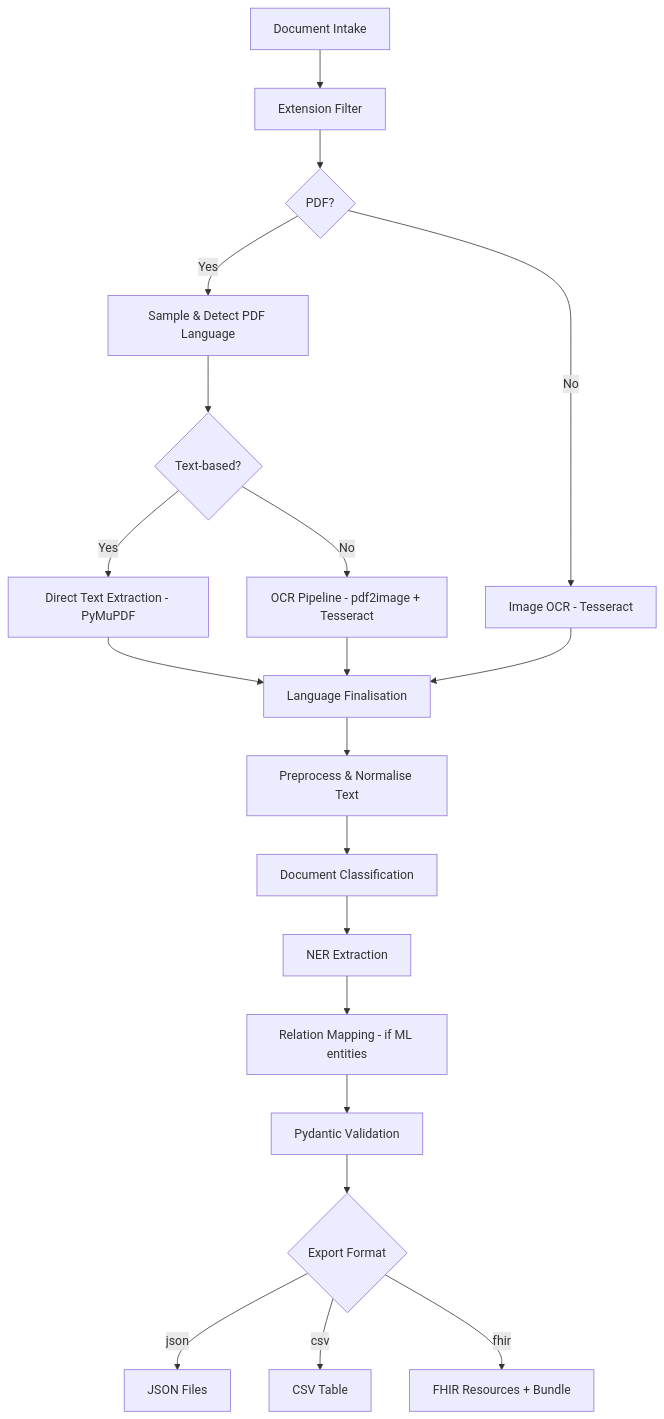
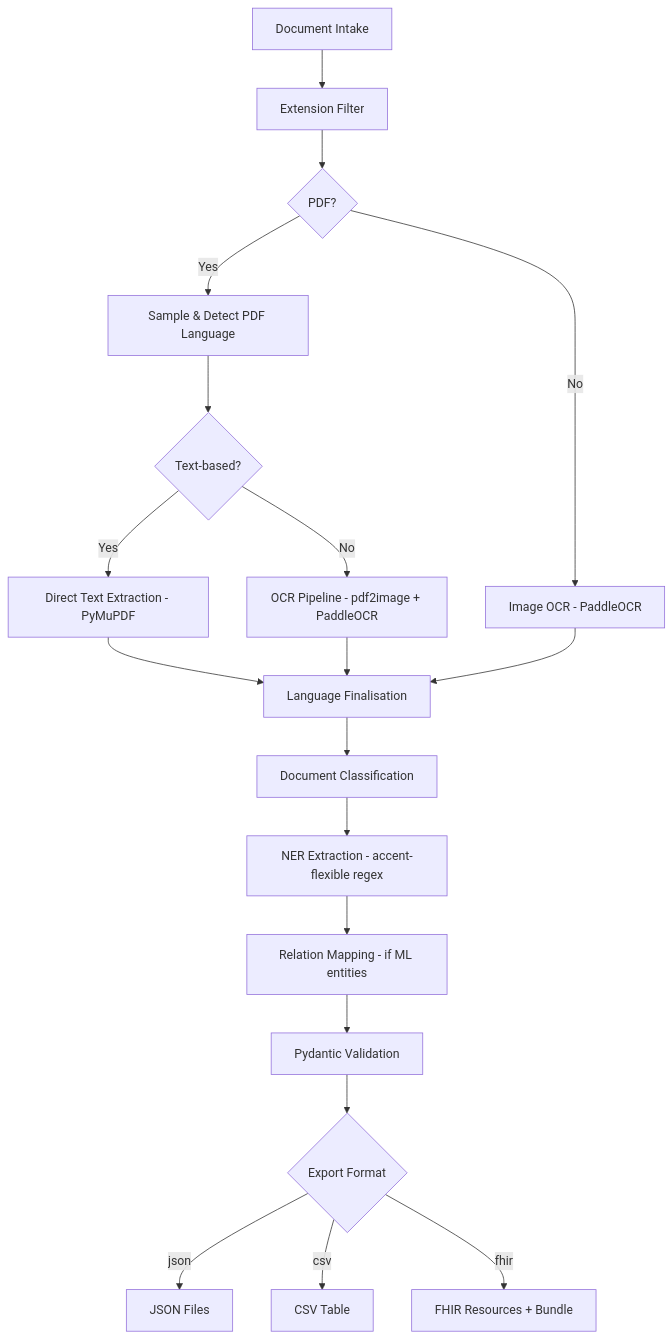
Before and after one commit to pierremontanov/HealthParse: the diagram in README.md, drawn with Mermaid. The commit also changed other lines of this file and 2 other files, not shown here.

First line of the commit message:
Docs: update DocIQ_Project_Description.docx for PaddleOCR migration

````diff
--- a/README.md
+++ b/README.md
@@ -35,22 +39,21 @@
 ```mermaid
 graph TD
     A[Document Intake] --> B[Extension Filter]
     B --> C{PDF?}
     C -- Yes --> D[Sample & Detect PDF Language]
     D --> E{Text-based?}
     E -- Yes --> F[Direct Text Extraction - PyMuPDF]
-    E -- No --> G[OCR Pipeline - pdf2image + Tesseract]
+    E -- No --> G[OCR Pipeline - pdf2image + PaddleOCR]
     F --> H[Language Finalisation]
     G --> H
-    C -- No --> I[Image OCR - Tesseract]
+    C -- No --> I[Image OCR - PaddleOCR]
     I --> H
-    H --> J[Preprocess & Normalise Text]
-    J --> K[Document Classification]
-    K --> L[NER Extraction]
-    L --> M[Relation Mapping - if ML entities]
-    M --> N[Pydantic Validation]
-    N --> O{Export Format}
-    O -- json --> P[JSON Files]
-    O -- csv --> Q[CSV Table]
-    O -- fhir --> R[FHIR Resources + Bundle]
+    H --> J[Document Classification]
+    J --> K[NER Extraction - accent-flexible regex]
+    K --> L[Relation Mapping - if ML entities]
+    L --> M[Pydantic Validation]
+    M --> N{Export Format}
+    N -- json --> O[JSON Files]
+    N -- csv --> P[CSV Table]
+    N -- fhir --> Q[FHIR Resources + Bundle]
 ```
````
